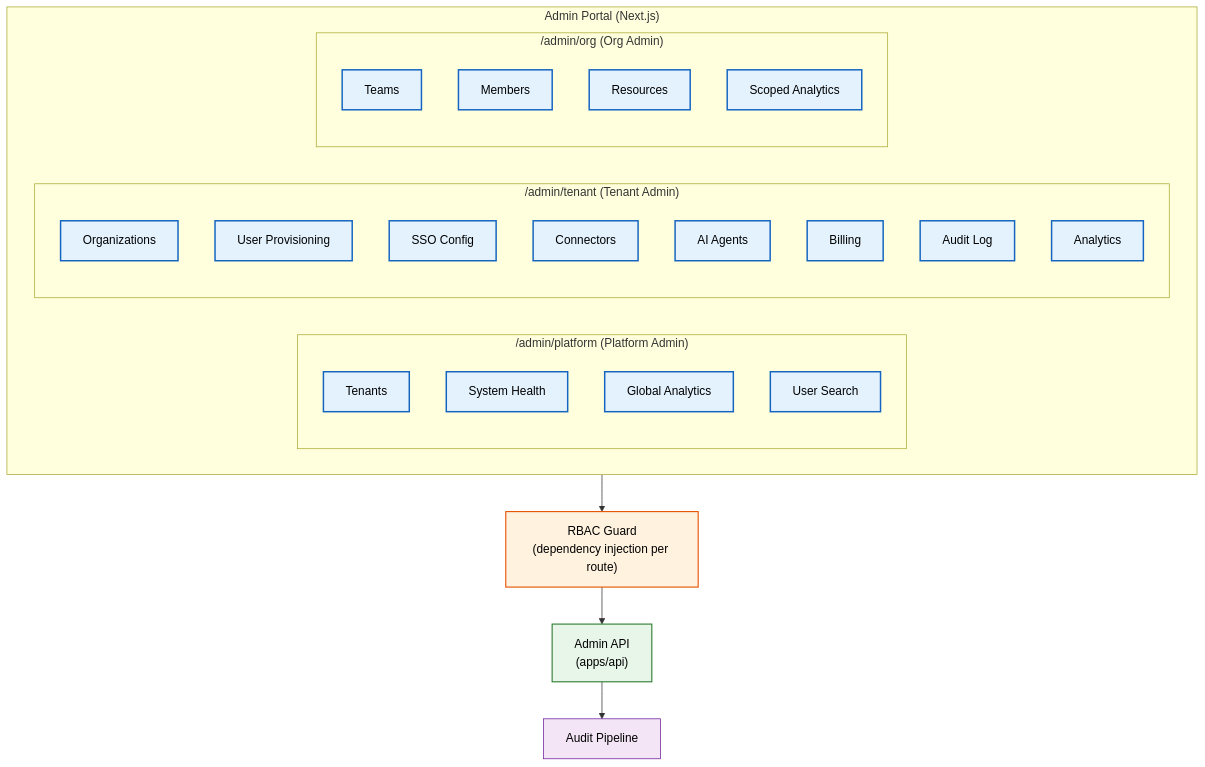
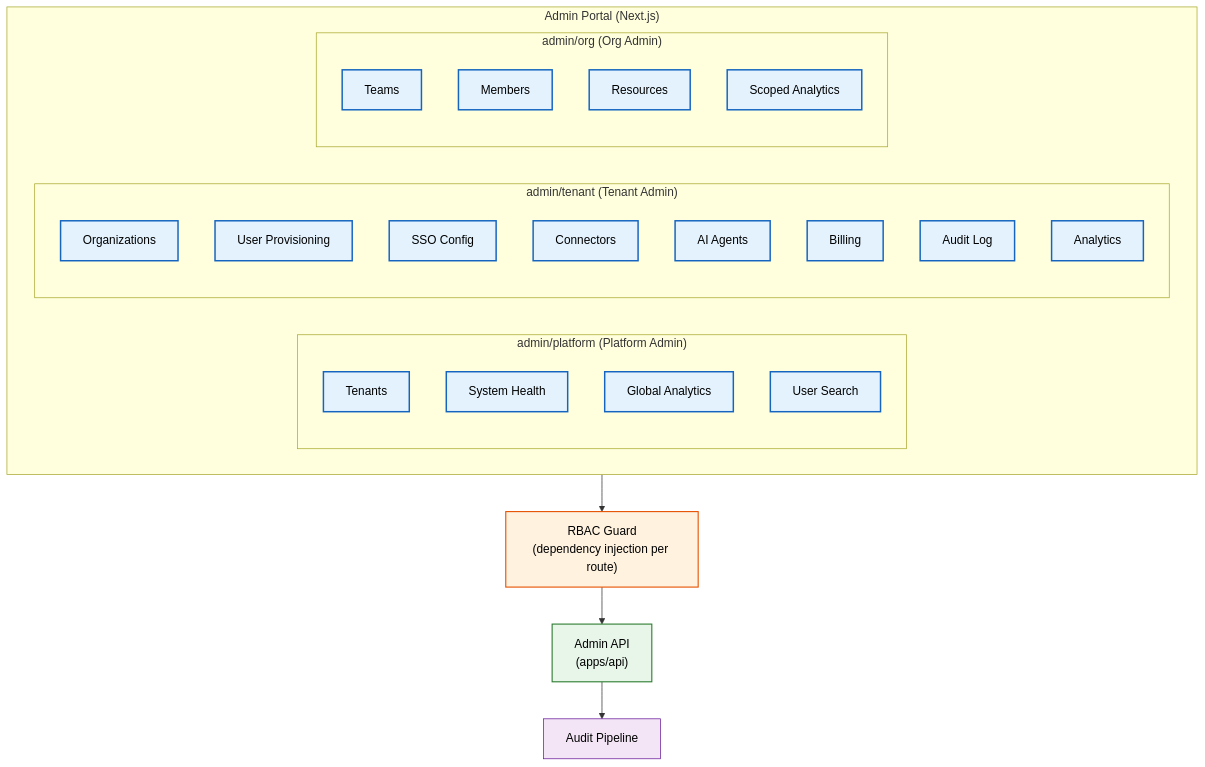
The first of 2 diagrams in docs/enterprise/Admin-Portal.md (Driftloom/Vaeloom), drawn with Mermaid before and after one commit. The commit also changed other lines of this file and 694 other files, not shown here.

First line of the commit message:
docs: mermaid standardization — encoding/mermaid/duplicate cleanup

````diff
--- a/docs/enterprise/Admin-Portal.md
+++ b/docs/enterprise/Admin-Portal.md
@@ -62,38 +62,38 @@
 ```mermaid
 graph TD
-    classDef route fill:#e3f2fd,stroke:#1565c0,color:#000,stroke-width:2px
-    classDef api fill:#e8f5e9,stroke:#2e7d32,color:#000,stroke-width:1.5px
-    classDef guard fill:#fff3e0,stroke:#e65100,color:#000,stroke-width:1.5px
-    classDef audit fill:#f3e5f5,stroke:#6a1b9a,color:#000,stroke-width:1px
+ classDef route fill:#e3f2fd,stroke:#1565c0,color:#000,stroke-width:2px
+ classDef api fill:#e8f5e9,stroke:#2e7d32,color:#000,stroke-width:1.5px
+ classDef guard fill:#fff3e0,stroke:#e65100,color:#000,stroke-width:1.5px
+ classDef audit fill:#f3e5f5,stroke:#6a1b9a,color:#000,stroke-width:1px
 
-    subgraph Portal["Admin Portal (Next.js)"]
-        subgraph Platform["/admin/platform (Platform Admin)"]
-            PA1["Tenants"]:::route
-            PA2["System Health"]:::route
-            PA3["Global Analytics"]:::route
-            PA4["User Search"]:::route
-        end
-        subgraph Tenant["/admin/tenant (Tenant Admin)"]
-            TA1["Organizations"]:::route
-            TA2["User Provisioning"]:::route
-            TA3["SSO Config"]:::route
-            TA4["Connectors"]:::route
-            TA5["AI Agents"]:::route
-            TA6["Billing"]:::route
-            TA7["Audit Log"]:::route
-            TA8["Analytics"]:::route
-        end
-        subgraph Org["/admin/org (Org Admin)"]
-            OA1["Teams"]:::route
-            OA2["Members"]:::route
-            OA3["Resources"]:::route
-            OA4["Scoped Analytics"]:::route
-        end
-    end
+ subgraph Portal["Admin Portal (Next.js)"]
+ subgraph Platform["admin/platform (Platform Admin)"]
+ PA1["Tenants"]:::route
+ PA2["System Health"]:::route
+ PA3["Global Analytics"]:::route
+ PA4["User Search"]:::route
+ end
+ subgraph Tenant["admin/tenant (Tenant Admin)"]
+ TA1["Organizations"]:::route
+ TA2["User Provisioning"]:::route
+ TA3["SSO Config"]:::route
+ TA4["Connectors"]:::route
+ TA5["AI Agents"]:::route
+ TA6["Billing"]:::route
+ TA7["Audit Log"]:::route
+ TA8["Analytics"]:::route
+ end
+ subgraph Org["admin/org (Org Admin)"]
+ OA1["Teams"]:::route
+ OA2["Members"]:::route
+ OA3["Resources"]:::route
+ OA4["Scoped Analytics"]:::route
+ end
+ end
 
-    GUARD["RBAC Guard<br/>(dependency injection per route)"]:::guard
-    API["Admin API<br/>(apps/api)"]:::api
-    AUDIT["Audit Pipeline"]:::audit
+ GUARD["RBAC Guard<br/>(dependency injection per route)"]:::guard
+ API["Admin API<br/>(apps/api)"]:::api
+ AUDIT["Audit Pipeline"]:::audit
 
-    Portal --> GUARD --> API --> AUDIT
+ Portal--> GUARD--> API--> AUDIT
 ```
````
